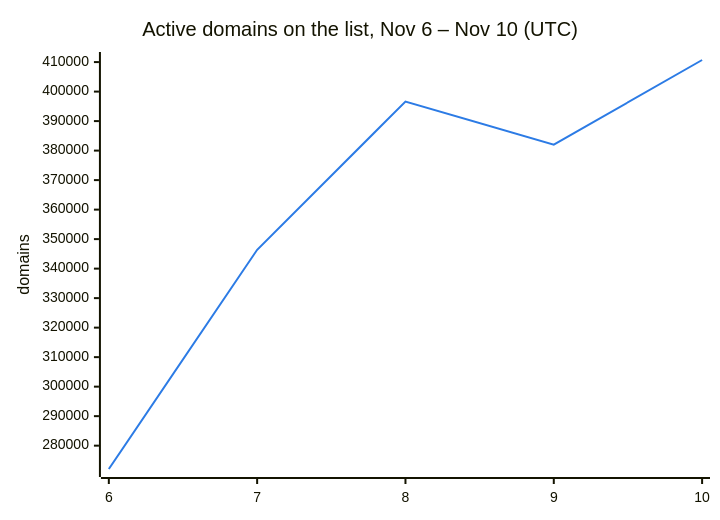
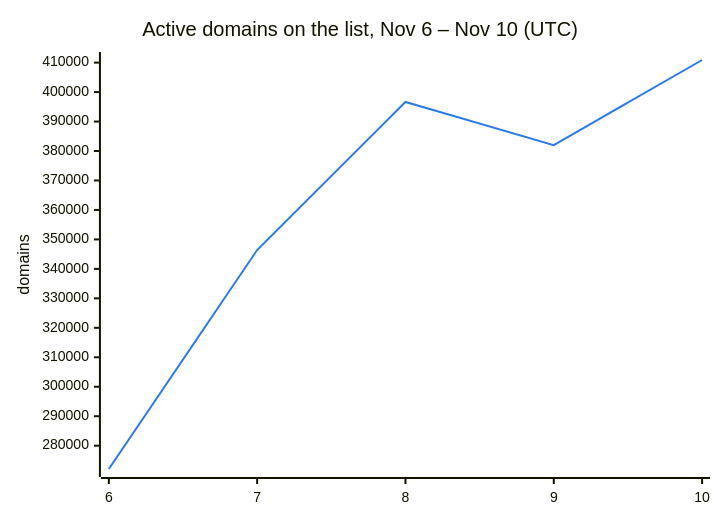
The second of 3 diagrams in README.md (DNSBunker/CTI), drawn with Mermaid before and after one commit. The commit also changed other lines of this file and 3 other files, not shown here.

````diff
--- a/README.md
+++ b/README.md
@@ -38,8 +38,8 @@
 ```mermaid
 %%{init: {"themeVariables": {"xyChart": {"plotColorPalette": "#2c7be5"}}}}%%
 xychart-beta
     title "Active domains on the list, Nov 6 – Nov 10 (UTC)"
     x-axis ["6", "7", "8", "9", "10"]
     y-axis "domains"
-    line [272088, 346388, 396638, 382009, 410707]
+    line [272088, 346388, 396638, 382009, 410883]
 ```
````
